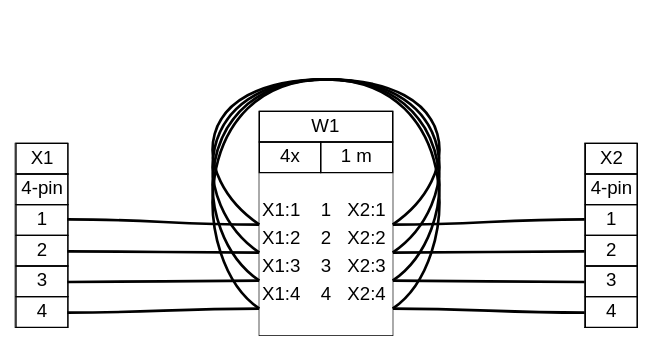
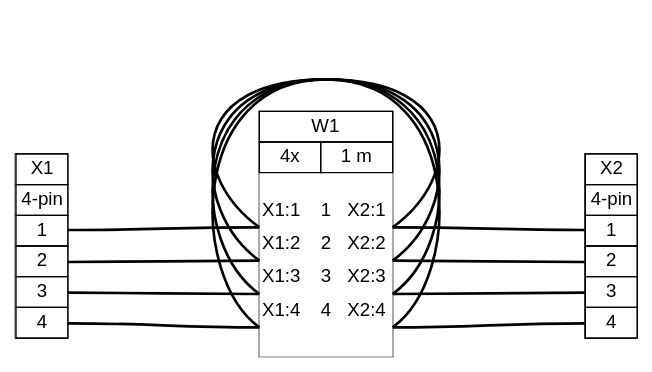
Before and after one commit to wireviz/WireViz: the diagram in tutorial/tutorial01.gv, drawn with Graphviz. The commit also changed 103 other files, not shown here.

```diff
--- a/tutorial/tutorial01.gv
+++ b/tutorial/tutorial01.gv
@@ -29,22 +29,18 @@
    <table border="0" cellborder="1" cellpadding="3" cellspacing="0">
     <tr>
      
-     []
      <td port="p1r">1</td>
     </tr>
     <tr>
      
-     []
      <td port="p2r">2</td>
     </tr>
     <tr>
      
-     []
      <td port="p3r">3</td>
     </tr>
     <tr>
      
-     []
      <td port="p4r">4</td>
     </tr>
    </table>
@@ -78,22 +74,18 @@
     <tr>
      <td port="p1l">1</td>
      
-     []
     </tr>
     <tr>
      <td port="p2l">2</td>
      
-     []
     </tr>
     <tr>
      <td port="p3l">3</td>
      
-     []
     </tr>
     <tr>
      <td port="p4l">4</td>
      
-     []
     </tr>
    </table>
   </td>
@@ -135,13 +127,7 @@
      <td align="right">X2:1 </td>
     </tr>
     <tr>
-     <td border="0" cellspacing="0" cellpadding="0" colspan="5" height="2" port="w1">
-      <table border="0" cellborder="0" cellspacing="0">
-       <tr>
-        <td bgcolor="#FFFFFF" border="0" cellpadding="0" colspan="5" height="2"></td>
-       </tr>
-      </table>
-     </td>
+     <td border="0" cellspacing="0" cellpadding="0" colspan="5" height="6" port="w1"></td>
     </tr>
     <tr>
      <td align="left"> X1:2</td>
@@ -151,13 +137,7 @@
      <td align="right">X2:2 </td>
     </tr>
     <tr>
-     <td border="0" cellspacing="0" cellpadding="0" colspan="5" height="2" port="w2">
-      <table border="0" cellborder="0" cellspacing="0">
-       <tr>
-        <td bgcolor="#FFFFFF" border="0" cellpadding="0" colspan="5" height="2"></td>
-       </tr>
-      </table>
-     </td>
+     <td border="0" cellspacing="0" cellpadding="0" colspan="5" height="6" port="w2"></td>
     </tr>
     <tr>
      <td align="left"> X1:3</td>
@@ -167,13 +147,7 @@
      <td align="right">X2:3 </td>
     </tr>
     <tr>
-     <td border="0" cellspacing="0" cellpadding="0" colspan="5" height="2" port="w3">
-      <table border="0" cellborder="0" cellspacing="0">
-       <tr>
-        <td bgcolor="#FFFFFF" border="0" cellpadding="0" colspan="5" height="2"></td>
-       </tr>
-      </table>
-     </td>
+     <td border="0" cellspacing="0" cellpadding="0" colspan="5" height="6" port="w3"></td>
     </tr>
     <tr>
      <td align="left"> X1:4</td>
@@ -183,13 +157,7 @@
      <td align="right">X2:4 </td>
     </tr>
     <tr>
-     <td border="0" cellspacing="0" cellpadding="0" colspan="5" height="2" port="w4">
-      <table border="0" cellborder="0" cellspacing="0">
-       <tr>
-        <td bgcolor="#FFFFFF" border="0" cellpadding="0" colspan="5" height="2"></td>
-       </tr>
-      </table>
-     </td>
+     <td border="0" cellspacing="0" cellpadding="0" colspan="5" height="6" port="w4"></td>
     </tr>
     <tr>
      <td>&nbsp;</td>
```
